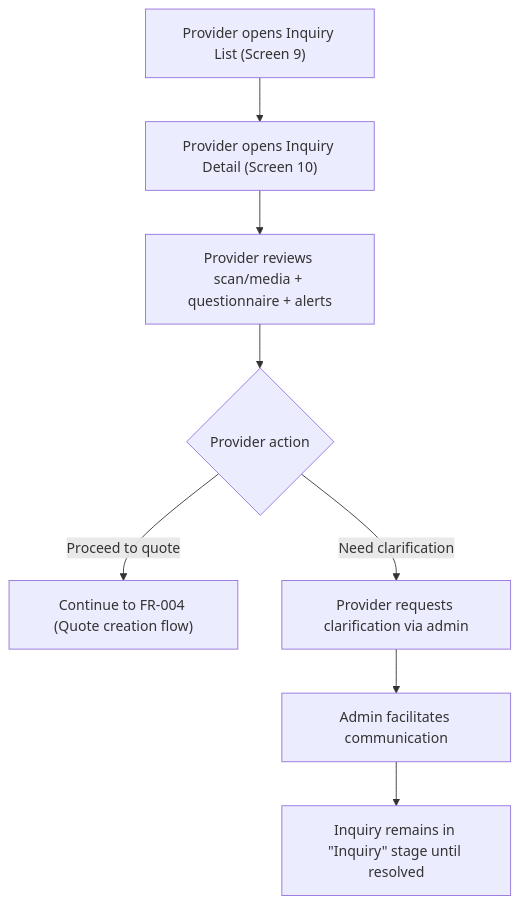
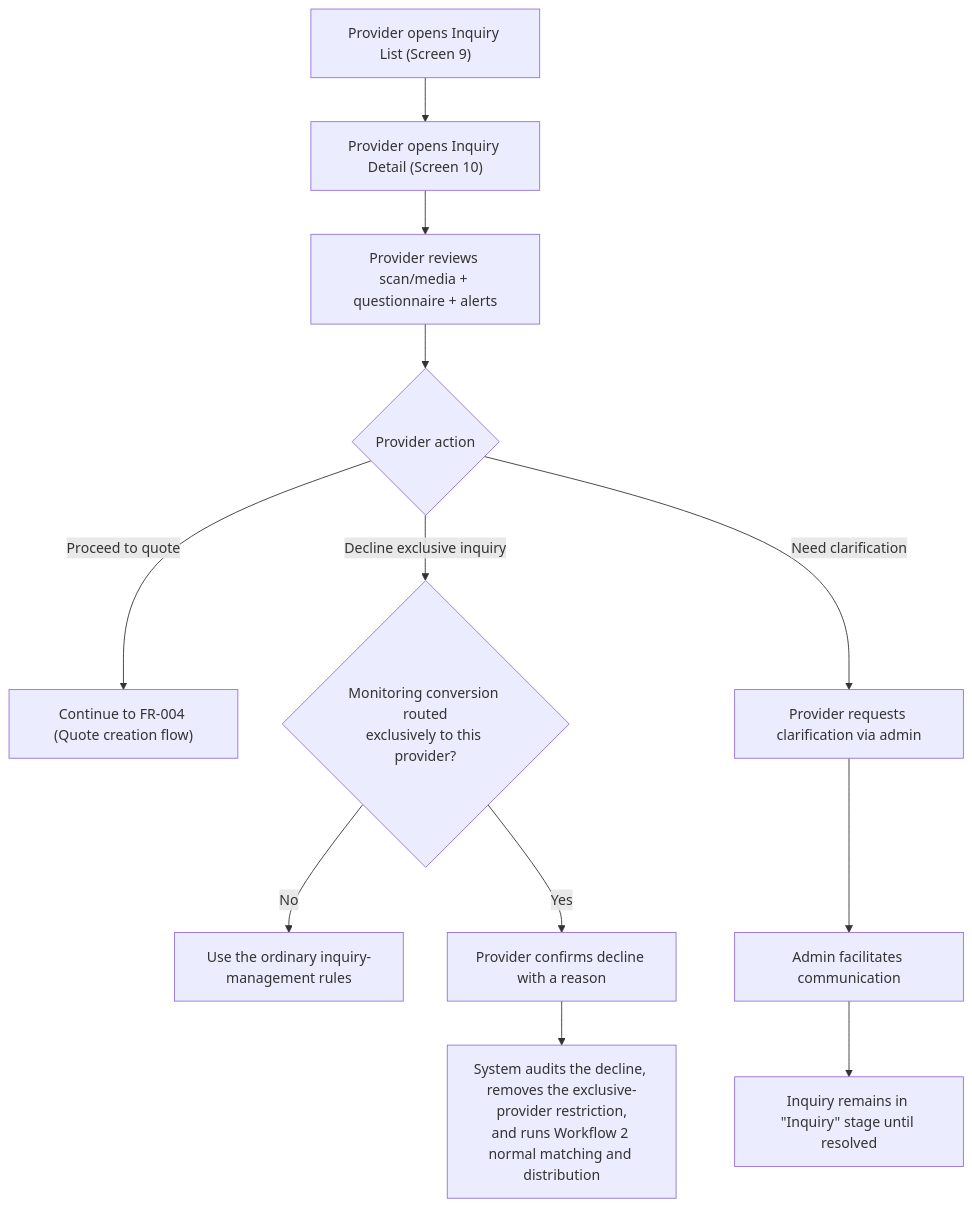
Before and after one commit to joachimtrungtuan/hairline-pm-docs: the tenth of 15 diagrams in project-requirements/functional-requirements/fr003-inquiry-submission/prd.md, drawn with Mermaid. The commit also changed other lines of this file and 4 other files, not shown here.

First line of the commit message:
docs(fr037): add provider-decline distribution fallback

````diff
--- a/project-requirements/functional-requirements/fr003-inquiry-submission/prd.md
+++ b/project-requirements/functional-requirements/fr003-inquiry-submission/prd.md
@@ -272,11 +272,15 @@
 ```mermaid
 flowchart TD
     Start["Provider opens Inquiry List (Screen 9)"] --> Open["Provider opens Inquiry Detail (Screen 10)"]
     Open --> Review["Provider reviews scan/media + questionnaire + alerts"]
     Review --> Action{"Provider action"}
 
     Action -->|Proceed to quote| Quote["Continue to FR-004 (Quote creation flow)"]
+    Action -->|Decline exclusive inquiry| DeclineGate{"Monitoring conversion routed<br/>exclusively to this provider?"}
+    DeclineGate -->|No| DeclineBlocked["Use the ordinary inquiry-management rules"]
+    DeclineGate -->|Yes| Decline["Provider confirms decline with a reason"]
+    Decline --> Release["System audits the decline, removes the exclusive-provider restriction,<br/>and runs Workflow 2 normal matching and distribution"]
     Action -->|Need clarification| RequestInfo["Provider requests clarification via admin"]
     RequestInfo --> AdminHelp["Admin facilitates communication"]
     AdminHelp --> Stay["Inquiry remains in &quot;Inquiry&quot; stage until resolved"]
 ```
````
